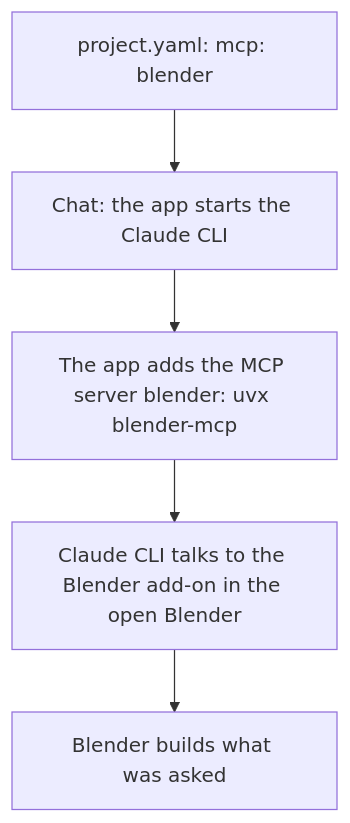
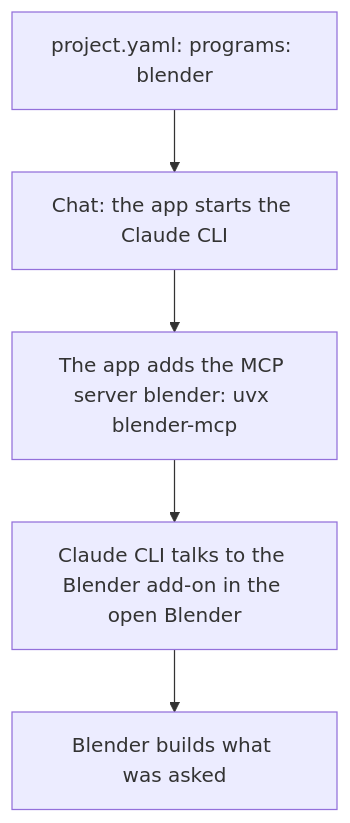
The diagram in docs/plans/BLENDER.md (GFGMNET/Workspace), drawn with Mermaid before and after one commit. The commit also changed other lines of this file and 6 other files, not shown here.

First line of the commit message:
MCP plans: switched on with programs: (approved), Ready 2 Deploy again

````diff
--- a/docs/plans/BLENDER.md
+++ b/docs/plans/BLENDER.md
@@ -63,7 +61,7 @@
 ```mermaid
 flowchart TD
-  A[project.yaml: mcp: blender] --> B[Chat: the app starts the Claude CLI]
+  A[project.yaml: programs: blender] --> B[Chat: the app starts the Claude CLI]
   B --> C[The app adds the MCP server blender: uvx blender-mcp]
   C --> D[Claude CLI talks to the Blender add-on in the open Blender]
   D --> E[Blender builds what was asked]
 ```
````
